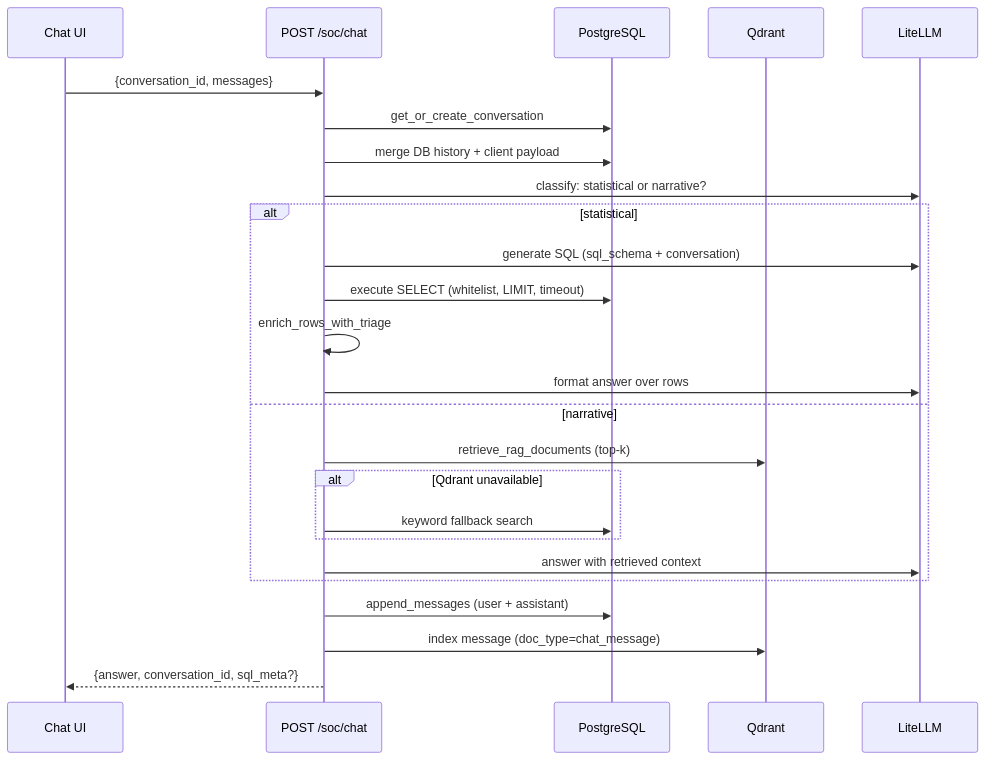
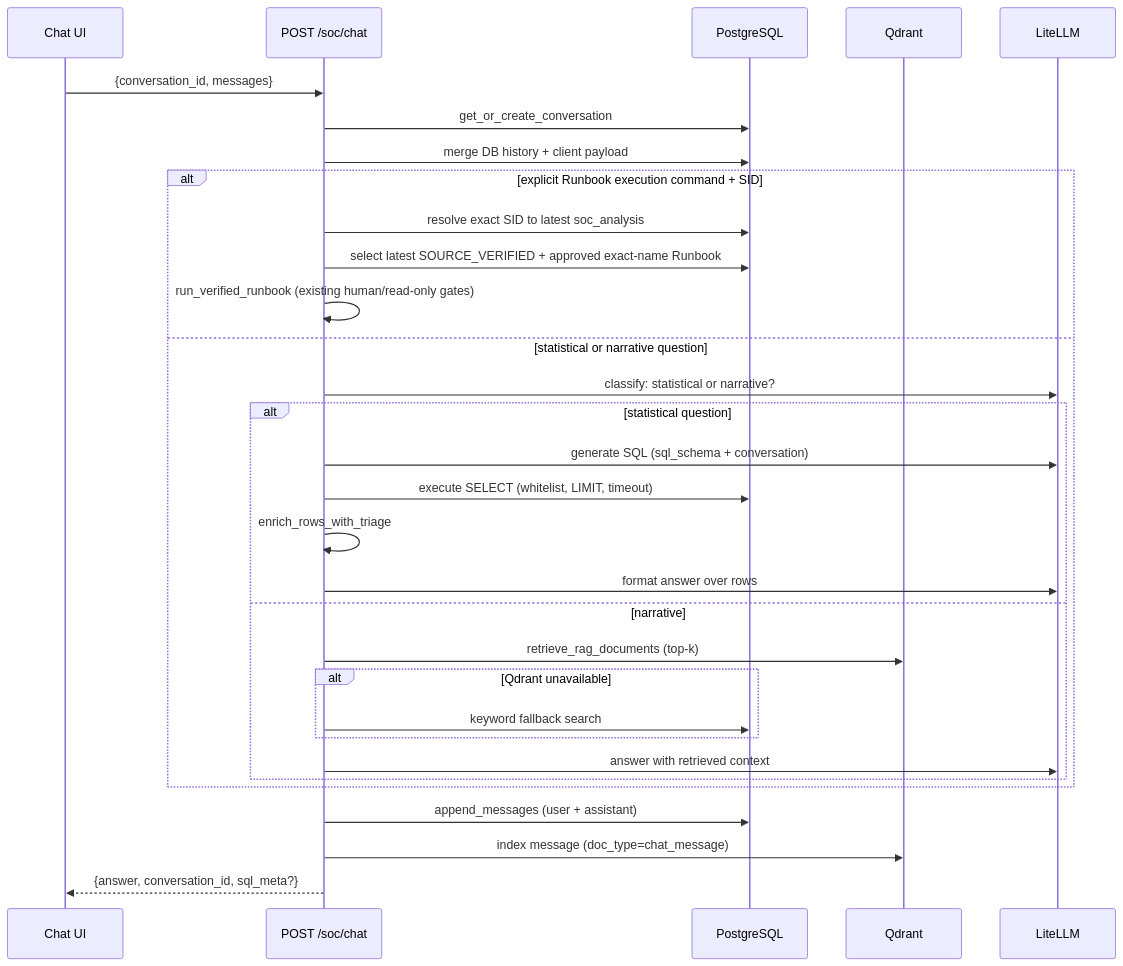
One commit to Sepideh-Asadollahi/ThinkingSOC-splunk-hackathon changed the second of 6 diagrams in docs/10-soc-vector-rag.md. Above: the diagram before and after it, drawn with Mermaid. The commit also changed other lines of this file and 169 other files, not shown here.

Commit message:
feat: add ThinkingSOC runbook autopilot and demo

````diff
--- a/docs/10-soc-vector-rag.md
+++ b/docs/10-soc-vector-rag.md
@@ -159,28 +159,34 @@
 ```mermaid
 sequenceDiagram
   participant UI as Chat UI
   participant API as POST /soc/chat
   participant PG as PostgreSQL
   participant Qdrant as Qdrant
   participant LLM as LiteLLM
 
   UI->>API: {conversation_id, messages}
   API->>PG: get_or_create_conversation
   API->>PG: merge DB history + client payload
-  API->>LLM: classify: statistical or narrative?
-  alt statistical
-    API->>LLM: generate SQL (sql_schema + conversation)
-    API->>PG: execute SELECT (whitelist, LIMIT, timeout)
-    API->>API: enrich_rows_with_triage
-    API->>LLM: format answer over rows
-  else narrative
-    API->>Qdrant: retrieve_rag_documents (top-k)
-    alt Qdrant unavailable
-      API->>PG: keyword fallback search
+  alt explicit Runbook execution command + SID
+    API->>PG: resolve exact SID to latest soc_analysis
+    API->>PG: select latest SOURCE_VERIFIED + approved exact-name Runbook
+    API->>API: run_verified_runbook (existing human/read-only gates)
+  else statistical or narrative question
+    API->>LLM: classify: statistical or narrative?
+    alt statistical question
+      API->>LLM: generate SQL (sql_schema + conversation)
+      API->>PG: execute SELECT (whitelist, LIMIT, timeout)
+      API->>API: enrich_rows_with_triage
+      API->>LLM: format answer over rows
+    else narrative
+      API->>Qdrant: retrieve_rag_documents (top-k)
+      alt Qdrant unavailable
+        API->>PG: keyword fallback search
+      end
+      API->>LLM: answer with retrieved context
     end
-    API->>LLM: answer with retrieved context
   end
   API->>PG: append_messages (user + assistant)
   API->>Qdrant: index message (doc_type=chat_message)
   API-->>UI: {answer, conversation_id, sql_meta?}
 ```
````
